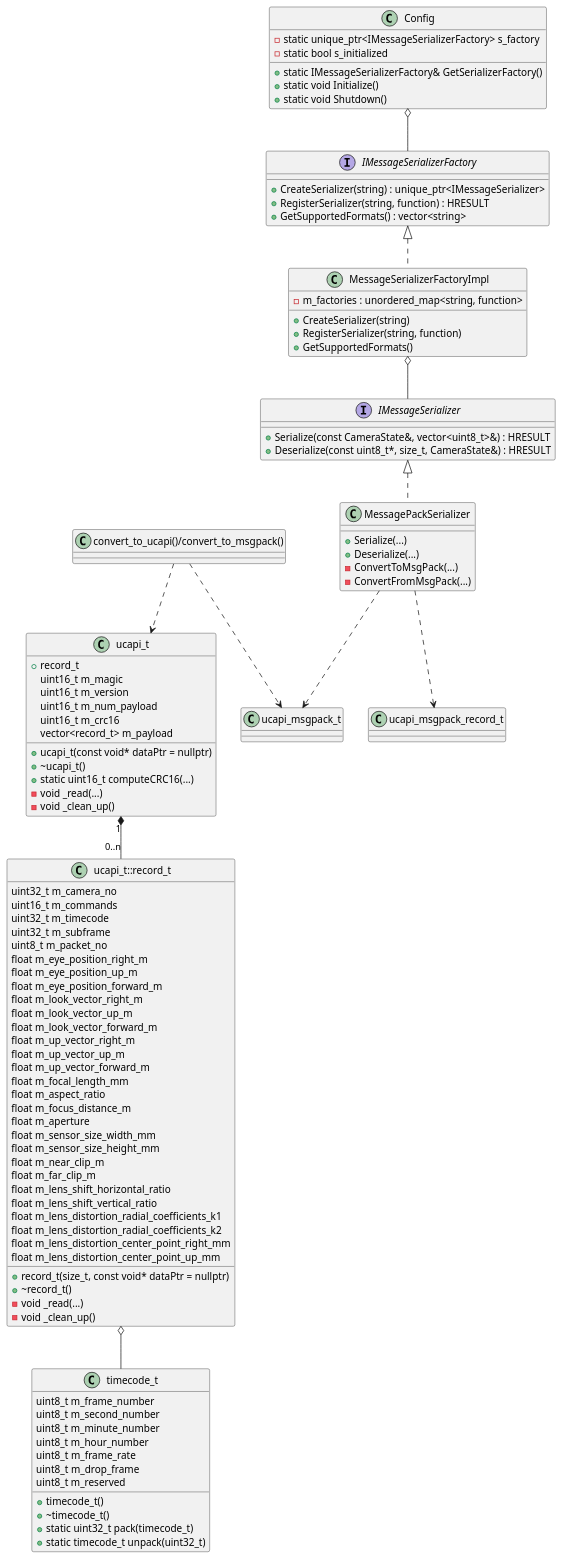
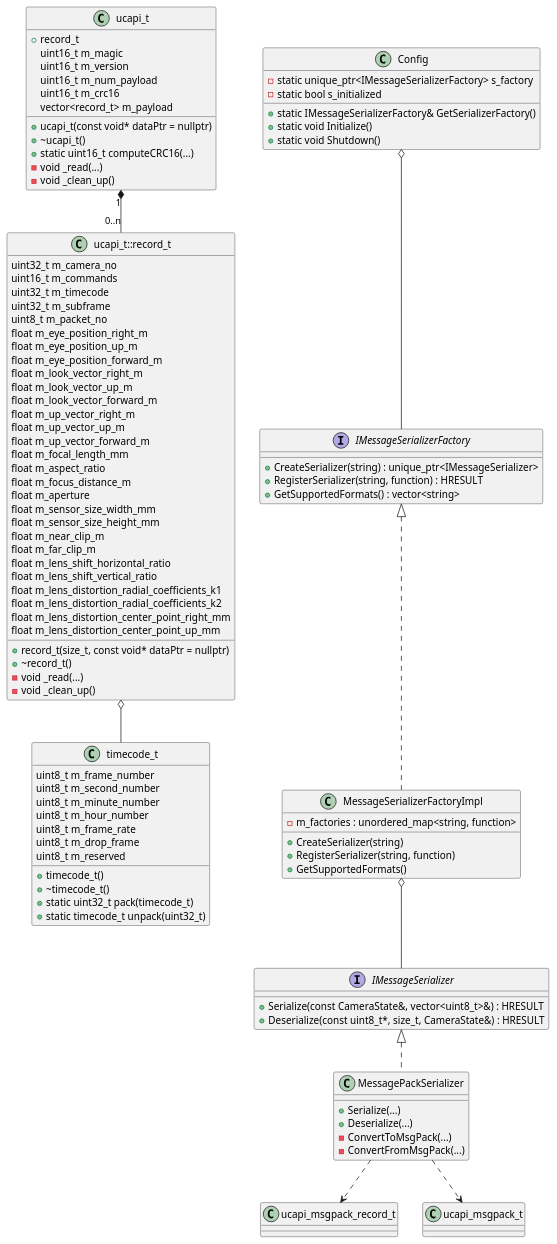
The diagram in UCAPIProject/UCAPI/UCAPI_DLL/UCAPI_DLL_class_diagram.puml (Hidano-Dev/UniversalCamerawork), drawn with PlantUML before and after one commit. The commit also changed 7 other files, not shown here.

First line of the commit message:
P1-6対応: 未使用コードの削除 - convert_to_ucapi/convert_to_msgpack

```diff
--- a/UCAPIProject/UCAPI/UCAPI_DLL/UCAPI_DLL_class_diagram.puml
+++ b/UCAPIProject/UCAPI/UCAPI_DLL/UCAPI_DLL_class_diagram.puml
@@ -1,121 +1,116 @@
 @startuml UCAPI_DLL
 ' 基本型
 class ucapi_t {
     +record_t
     +ucapi_t(const void* dataPtr = nullptr)
     +~ucapi_t()
     +static uint16_t computeCRC16(...)
     -void _read(...)
     -void _clean_up()
     uint16_t m_magic
     uint16_t m_version
     uint16_t m_num_payload
     uint16_t m_crc16
     vector<record_t> m_payload
 }
 
 class ucapi_t::record_t {
     +record_t(size_t, const void* dataPtr = nullptr)
     +~record_t()
     -void _read(...)
     -void _clean_up()
     uint32_t m_camera_no
     uint16_t m_commands
     uint32_t m_timecode
     uint32_t m_subframe
     uint8_t m_packet_no
     float m_eye_position_right_m
     float m_eye_position_up_m
     float m_eye_position_forward_m
     float m_look_vector_right_m
     float m_look_vector_up_m
     float m_look_vector_forward_m
     float m_up_vector_right_m
     float m_up_vector_up_m
     float m_up_vector_forward_m
     float m_focal_length_mm
     float m_aspect_ratio
     float m_focus_distance_m
     float m_aperture
     float m_sensor_size_width_mm
     float m_sensor_size_height_mm
     float m_near_clip_m
     float m_far_clip_m
     float m_lens_shift_horizontal_ratio
     float m_lens_shift_vertical_ratio
     float m_lens_distortion_radial_coefficients_k1
     float m_lens_distortion_radial_coefficients_k2
     float m_lens_distortion_center_point_right_mm
     float m_lens_distortion_center_point_up_mm
 }
 
 class timecode_t {
     +timecode_t()
     +~timecode_t()
     +static uint32_t pack(timecode_t)
     +static timecode_t unpack(uint32_t)
     uint8_t m_frame_number
     uint8_t m_second_number
     uint8_t m_minute_number
     uint8_t m_hour_number
     uint8_t m_frame_rate
     uint8_t m_drop_frame
     uint8_t m_reserved
 }
 
 ' シリアライザ関連
 interface IMessageSerializer {
     +Serialize(const CameraState&, vector<uint8_t>&) : HRESULT
     +Deserialize(const uint8_t*, size_t, CameraState&) : HRESULT
 }
 
 class MessagePackSerializer {
     +Serialize(...)
     +Deserialize(...)
     -ConvertToMsgPack(...)
     -ConvertFromMsgPack(...)
 }
 
 IMessageSerializer <|.. MessagePackSerializer
 
 interface IMessageSerializerFactory {
     +CreateSerializer(string) : unique_ptr<IMessageSerializer>
     +RegisterSerializer(string, function) : HRESULT
     +GetSupportedFormats() : vector<string>
 }
 
 class MessageSerializerFactoryImpl {
     +CreateSerializer(string)
     +RegisterSerializer(string, function)
     +GetSupportedFormats()
     -m_factories : unordered_map<string, function>
 }
 
 IMessageSerializerFactory <|.. MessageSerializerFactoryImpl
 
 class Config {
     +static IMessageSerializerFactory& GetSerializerFactory()
     +static void Initialize()
     +static void Shutdown()
     -static unique_ptr<IMessageSerializerFactory> s_factory
     -static bool s_initialized
 }
 
 ' MsgPackデータ型
 class ucapi_msgpack_record_t
 class ucapi_msgpack_t
 
-' 変換ユーティリティ
-class "convert_to_ucapi()/convert_to_msgpack()" as Converter
-
 ' 関連
 ucapi_t "1" *-- "0..n" ucapi_t::record_t
 ucapi_t::record_t o-- timecode_t
 MessagePackSerializer ..> ucapi_msgpack_record_t
 MessagePackSerializer ..> ucapi_msgpack_t
 MessageSerializerFactoryImpl o-- IMessageSerializer
 Config o-- IMessageSerializerFactory
-Converter ..> ucapi_t
-Converter ..> ucapi_msgpack_t
 
 @enduml
```
